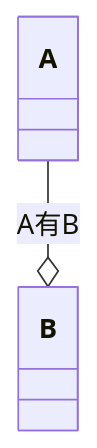
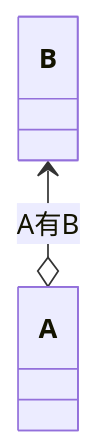
Before and after one commit to MoefulYe/MoefulYe.github.io: diagram 12 of 13 in content/post/编程/编程范式/面对对象/类的关系与UML类图.md, drawn with Mermaid. The commit also changed other lines of this file and 2 other files, not shown here.

````diff
--- a/content/post/编程/编程范式/面对对象/类的关系与UML类图.md
+++ b/content/post/编程/编程范式/面对对象/类的关系与UML类图.md
@@ -213,4 +214,4 @@
 ```mermaid
 classDiagram
-A --o B :A有B
+B <--o A :A有B
 ```
````
